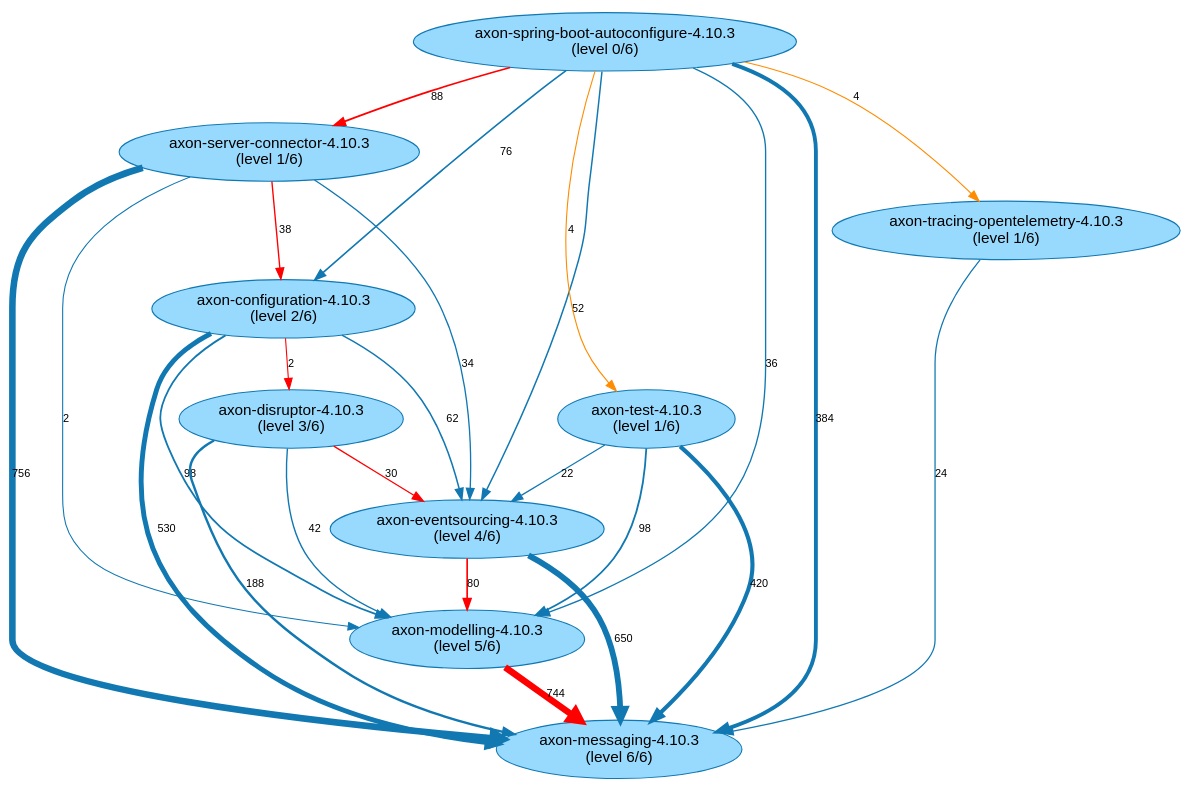
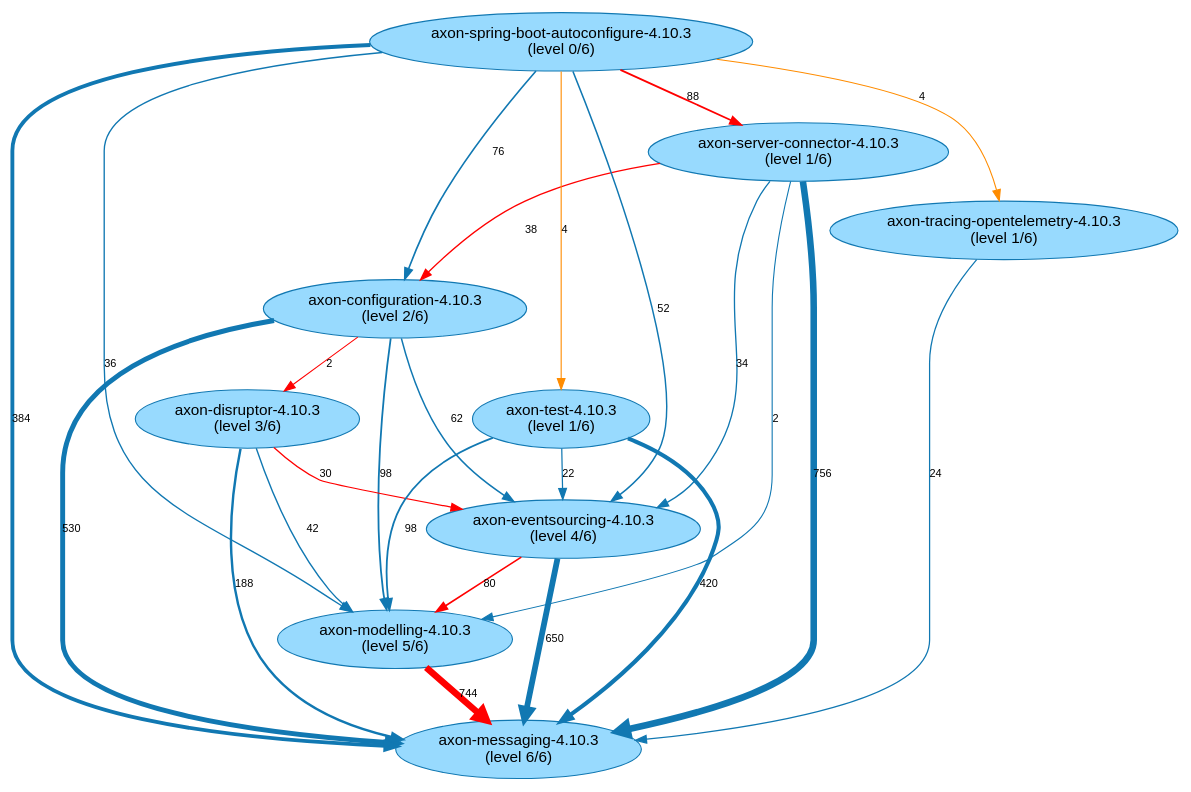
One commit to JohT/code-graph-analysis-pipeline changed the diagram in results/AxonFramework-4.10.3/path-finding-visualization/JavaArtifactLongestPaths.gv. Above: the diagram before and after it, drawn with Graphviz. The commit also changed other lines of this file and 162 other files, not shown here.

```diff
--- a/results/AxonFramework-4.10.3/path-finding-visualization/JavaArtifactLongestPaths.gv
+++ b/results/AxonFramework-4.10.3/path-finding-visualization/JavaArtifactLongestPaths.gv
@@ -1,37 +1,37 @@
 // This GraphViz dot file was generated by the script convertQueryResultCsvToGraphVizDotFile.sh with default.template
 
 strict digraph JavaArtifactLongestPaths {
     fontname = "Helvetica,Arial,sans-serif";
     node [fontname = "Helvetica,Arial,sans-serif";];
     edge [fontname = "Helvetica,Arial,sans-serif"; fontsize = 10;];
     node [style = filled; fillcolor = "0.560 0.400 0.999";];
     node [color = "0.560 0.900 0.700";];
     edge [color = "0.560 0.900 0.700";];
-	"axon-server-connector-4.10.3\n(level 1/6)" -> "axon-messaging-4.10.3\n(level 6/6)" [label=756; penwidth=6.0; ];
-	"axon-server-connector-4.10.3\n(level 1/6)" -> "axon-eventsourcing-4.10.3\n(level 4/6)" [label=34; penwidth=1.21; ];
-	"axon-server-connector-4.10.3\n(level 1/6)" -> "axon-configuration-4.10.3\n(level 2/6)" [label=38; penwidth=1.24; color="red"; ];
-	"axon-server-connector-4.10.3\n(level 1/6)" -> "axon-modelling-4.10.3\n(level 5/6)" [label=2; penwidth=1.0; ];
-	"axon-configuration-4.10.3\n(level 2/6)" -> "axon-messaging-4.10.3\n(level 6/6)" [label=530; penwidth=4.5; ];
 	"axon-configuration-4.10.3\n(level 2/6)" -> "axon-eventsourcing-4.10.3\n(level 4/6)" [label=62; penwidth=1.4; ];
 	"axon-configuration-4.10.3\n(level 2/6)" -> "axon-modelling-4.10.3\n(level 5/6)" [label=98; penwidth=1.64; ];
+	"axon-configuration-4.10.3\n(level 2/6)" -> "axon-messaging-4.10.3\n(level 6/6)" [label=530; penwidth=4.5; ];
 	"axon-configuration-4.10.3\n(level 2/6)" -> "axon-disruptor-4.10.3\n(level 3/6)" [label=2; penwidth=1.0; color="red"; ];
-	"axon-disruptor-4.10.3\n(level 3/6)" -> "axon-messaging-4.10.3\n(level 6/6)" [label=188; penwidth=2.23; ];
-	"axon-disruptor-4.10.3\n(level 3/6)" -> "axon-modelling-4.10.3\n(level 5/6)" [label=42; penwidth=1.27; ];
-	"axon-disruptor-4.10.3\n(level 3/6)" -> "axon-eventsourcing-4.10.3\n(level 4/6)" [label=30; penwidth=1.19; color="red"; ];
 	"axon-eventsourcing-4.10.3\n(level 4/6)" -> "axon-messaging-4.10.3\n(level 6/6)" [label=650; penwidth=5.3; ];
 	"axon-eventsourcing-4.10.3\n(level 4/6)" -> "axon-modelling-4.10.3\n(level 5/6)" [label=80; penwidth=1.52; color="red"; ];
-	"axon-modelling-4.10.3\n(level 5/6)" -> "axon-messaging-4.10.3\n(level 6/6)" [label=744; penwidth=5.92; color="red"; ];
-	"axon-spring-boot-autoconfigure-4.10.3\n(level 0/6)" -> "axon-server-connector-4.10.3\n(level 1/6)" [label=88; penwidth=1.57; color="red"; ];
+	"axon-server-connector-4.10.3\n(level 1/6)" -> "axon-messaging-4.10.3\n(level 6/6)" [label=756; penwidth=6.0; ];
+	"axon-server-connector-4.10.3\n(level 1/6)" -> "axon-configuration-4.10.3\n(level 2/6)" [label=38; penwidth=1.24; color="red"; ];
+	"axon-server-connector-4.10.3\n(level 1/6)" -> "axon-eventsourcing-4.10.3\n(level 4/6)" [label=34; penwidth=1.21; ];
+	"axon-server-connector-4.10.3\n(level 1/6)" -> "axon-modelling-4.10.3\n(level 5/6)" [label=2; penwidth=1.0; ];
 	"axon-spring-boot-autoconfigure-4.10.3\n(level 0/6)" -> "axon-configuration-4.10.3\n(level 2/6)" [label=76; penwidth=1.49; ];
 	"axon-spring-boot-autoconfigure-4.10.3\n(level 0/6)" -> "axon-messaging-4.10.3\n(level 6/6)" [label=384; penwidth=3.53; ];
+	"axon-spring-boot-autoconfigure-4.10.3\n(level 0/6)" -> "axon-server-connector-4.10.3\n(level 1/6)" [label=88; penwidth=1.57; color="red"; ];
 	"axon-spring-boot-autoconfigure-4.10.3\n(level 0/6)" -> "axon-eventsourcing-4.10.3\n(level 4/6)" [label=52; penwidth=1.33; ];
 	"axon-spring-boot-autoconfigure-4.10.3\n(level 0/6)" -> "axon-modelling-4.10.3\n(level 5/6)" [label=36; penwidth=1.23; ];
 	"axon-spring-boot-autoconfigure-4.10.3\n(level 0/6)" -> "axon-test-4.10.3\n(level 1/6)" [label=4; penwidth=1.01; ];
 	"axon-spring-boot-autoconfigure-4.10.3\n(level 0/6)" -> "axon-tracing-opentelemetry-4.10.3\n(level 1/6)" [label=4; penwidth=1.01; ];
+	"axon-modelling-4.10.3\n(level 5/6)" -> "axon-messaging-4.10.3\n(level 6/6)" [label=744; penwidth=5.92; color="red"; ];
+	"axon-test-4.10.3\n(level 1/6)" -> "axon-messaging-4.10.3\n(level 6/6)" [label=420; penwidth=3.77; ];
 	"axon-test-4.10.3\n(level 1/6)" -> "axon-modelling-4.10.3\n(level 5/6)" [label=98; penwidth=1.64; ];
 	"axon-test-4.10.3\n(level 1/6)" -> "axon-eventsourcing-4.10.3\n(level 4/6)" [label=22; penwidth=1.13; ];
-	"axon-test-4.10.3\n(level 1/6)" -> "axon-messaging-4.10.3\n(level 6/6)" [label=420; penwidth=3.77; ];
 	"axon-tracing-opentelemetry-4.10.3\n(level 1/6)" -> "axon-messaging-4.10.3\n(level 6/6)" [label=24; penwidth=1.15; ];
+	"axon-disruptor-4.10.3\n(level 3/6)" -> "axon-messaging-4.10.3\n(level 6/6)" [label=188; penwidth=2.23; ];
+	"axon-disruptor-4.10.3\n(level 3/6)" -> "axon-modelling-4.10.3\n(level 5/6)" [label=42; penwidth=1.27; ];
+	"axon-disruptor-4.10.3\n(level 3/6)" -> "axon-eventsourcing-4.10.3\n(level 4/6)" [label=30; penwidth=1.19; color="red"; ];
 	"axon-spring-boot-autoconfigure-4.10.3\n(level 0/6)" -> "axon-test-4.10.3\n(level 1/6)" [label=4; penwidth=1.01; color="darkorange"; ];
 	"axon-spring-boot-autoconfigure-4.10.3\n(level 0/6)" -> "axon-tracing-opentelemetry-4.10.3\n(level 1/6)" [label=4; penwidth=1.01; color="darkorange"; ];
 }
```
